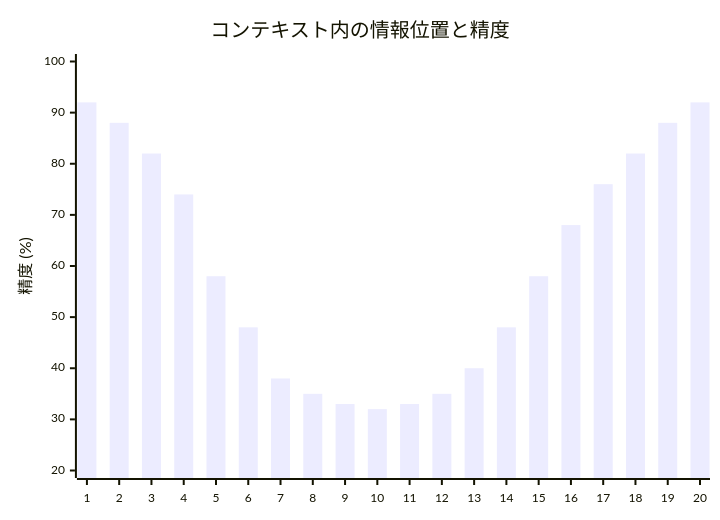
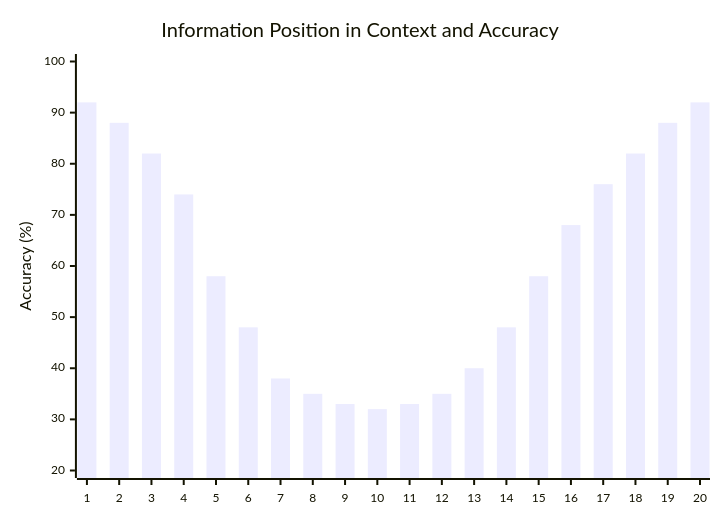
Before and after one commit to shuji-bonji/understanding-llm-through-claude-code: the first of 2 diagrams in docs/01-llm-structural-problems/lost-in-the-middle.md, drawn with Mermaid. The commit also changed other lines of this file and 100 other files, not shown here.

````diff
--- a/docs/01-llm-structural-problems/lost-in-the-middle.md
+++ b/docs/01-llm-structural-problems/lost-in-the-middle.md
@@ -17,15 +19,15 @@
 ```mermaid
 ---
 config:
     xyChart:
         xAxis:
             labelFontSize: 12
         yAxis:
             labelFontSize: 12
 ---
 xychart
-    title "コンテキスト内の情報位置と精度"
+    title "Information Position in Context and Accuracy"
     x-axis ["1", "2", "3", "4", "5", "6", "7", "8", "9", "10", "11", "12", "13", "14", "15", "16", "17", "18", "19", "20"]
-    y-axis "精度 (%)" 20 --> 100
+    y-axis "Accuracy (%)" 20 --> 100
     bar [92, 88, 82, 74, 58, 48, 38, 35, 33, 32, 33, 35, 40, 48, 58, 68, 76, 82, 88, 92]
 ```
````
